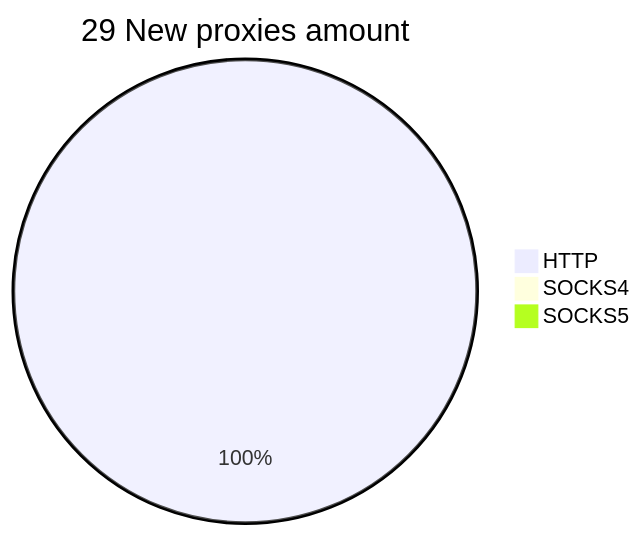
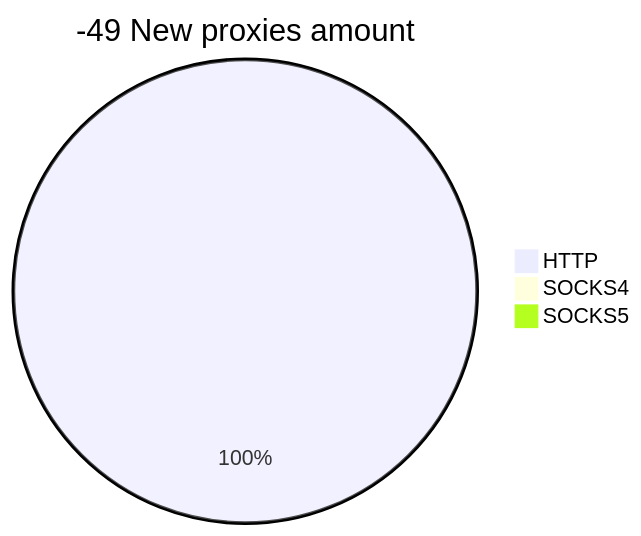
Before and after one commit to cutipu/proxylist: the second of 2 diagrams in README.md, drawn with Mermaid. The commit also changed other lines of this file, not shown here.

````diff
--- a/README.md
+++ b/README.md
@@ -10,6 +10,6 @@
 ```mermaid
-pie title 29 New proxies amount
-    "HTTP" : 32
+pie title -49 New proxies amount
+    "HTTP" : 2
     "SOCKS4" : 0
     "SOCKS5" : 0
 ```
````
